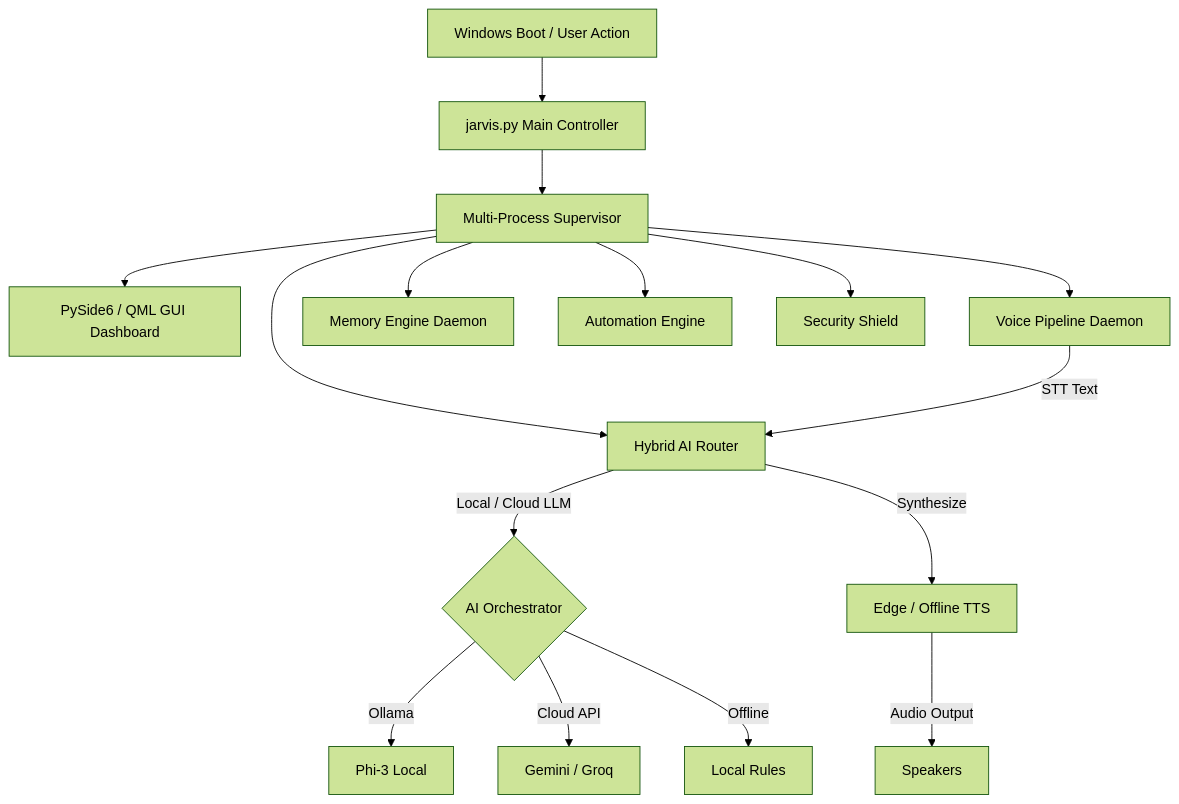
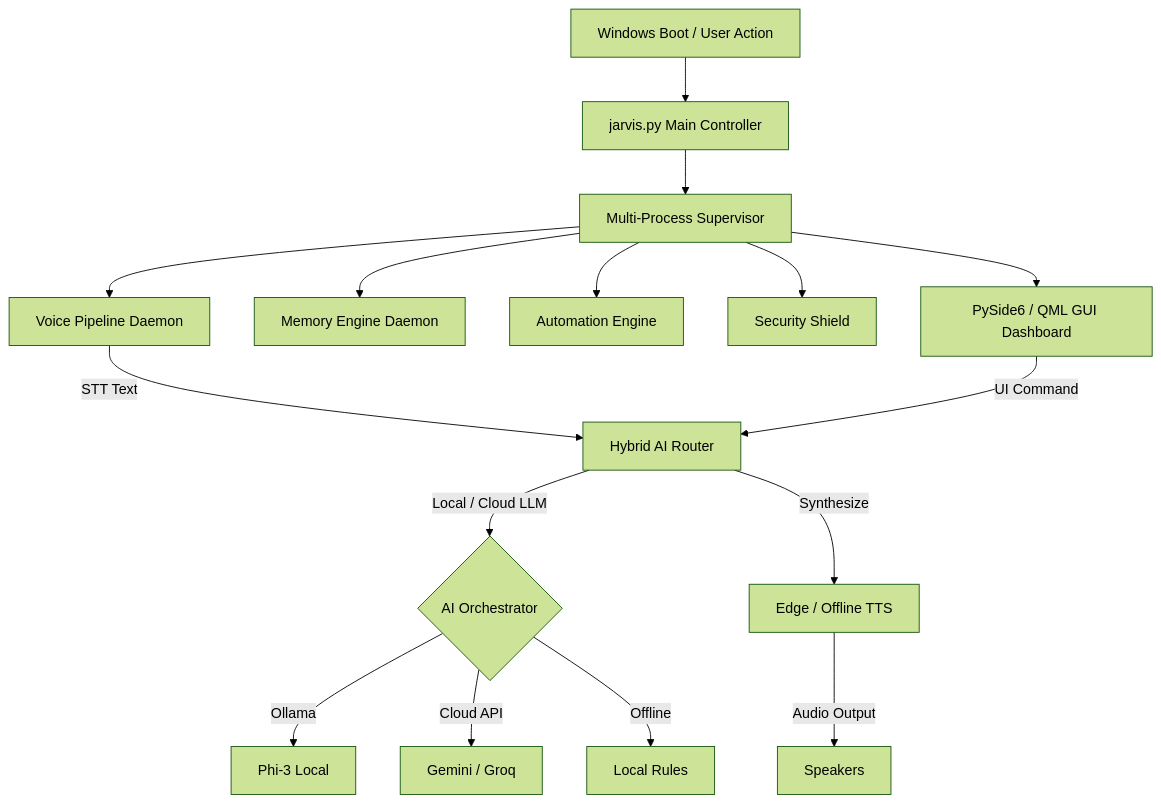
One commit to hchowdary476/HESA changed the diagram in README.md. Above: the diagram before and after it, drawn with Mermaid (forest theme). The commit also changed other lines of this file and 238 other files, not shown here.

````diff
--- a/README.md
+++ b/README.md
@@ -25,19 +44,21 @@
 ```mermaid
 graph TD
     A[Windows Boot / User Action] --> B[jarvis.py Main Controller]
     B --> C[Multi-Process Supervisor]
     C --> D[PySide6 / QML GUI Dashboard]
-    C --> E[Voice Pipeline Daemon]
-    C --> F[Hybrid AI Router]
-    C --> G[Memory Engine Daemon]
-    C --> H[Automation Engine]
-    C --> I[Security Shield]
+    C --> E[Memory Engine Daemon]
+    C --> F[Automation Engine]
+    C --> G[Security Shield]
+    C --> H[Voice Pipeline Daemon]
 
-    E -->|STT Text| F
-    F -->|Local / Cloud LLM| J{AI Orchestrator}
+    H -->|STT Text| I[Hybrid AI Router]
+    D -->|UI Command| I
+
+    I -->|Local / Cloud LLM| J{AI Orchestrator}
     J -- Ollama --> K[Phi-3 Local]
     J -- Cloud API --> L[Gemini / Groq]
     J -- Offline --> M[Local Rules]
-    F -->|Synthesize| N[Edge / Offline TTS]
+
+    I -->|Synthesize| N[Edge / Offline TTS]
     N -->|Audio Output| O[Speakers]
 ```
````
